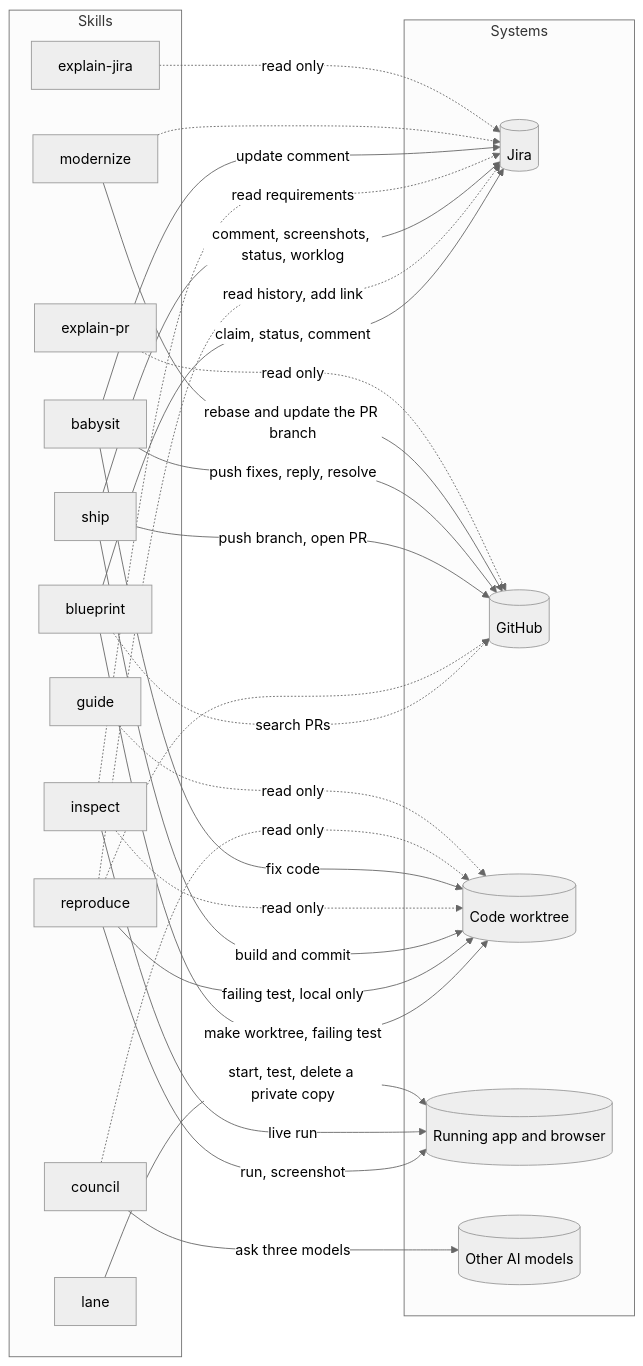
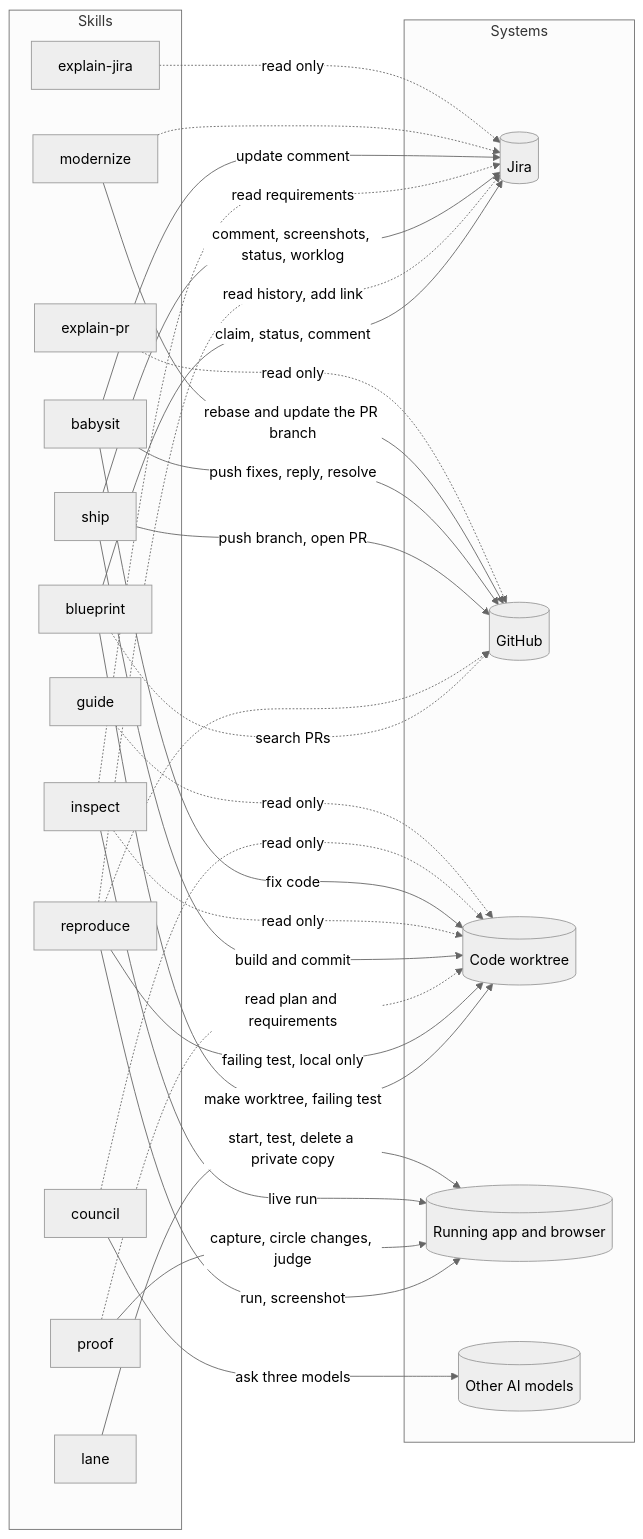
The second of 2 diagrams in README.md (talibilat/tstack), drawn with Mermaid (neutral theme) before and after one commit. The commit also changed other lines of this file and 14 other files, not shown here.

````diff
--- a/README.md
+++ b/README.md
@@ -56,47 +60,50 @@
 ```mermaid
 flowchart LR
   subgraph Skills
     blueprint
     br[reproduce]
+    proof
     ship
     inspect
     lane
     bp[babysit]
     mod[modernize]
     cou[council]
     explain-jira
     explain-pr
     guide
   end
   subgraph Systems
     J[(Jira)]
     G[(GitHub)]
     C[(Code worktree)]
     A[(Running app and browser)]
     M[(Other AI models)]
   end
   blueprint -->|claim, status, comment| J
   blueprint -.->|search PRs| G
   blueprint -->|make worktree, failing test| C
   br -.->|read history, add link| J
   br -.-> G
   br -->|failing test, local only| C
   br -->|run, screenshot| A
+  proof -->|capture, circle changes, judge| A
+  proof -.->|read plan and requirements| C
   ship -->|comment, screenshots, status, worklog| J
   ship -->|push branch, open PR| G
   ship -->|build and commit| C
   inspect -.->|read requirements| J
   inspect -.->|read only| C
   inspect -->|live run| A
   lane -->|start, test, delete a private copy| A
   bp -->|push fixes, reply, resolve| G
   bp -->|fix code| C
   bp -->|update comment| J
   mod -->|rebase and update the PR branch| G
   mod -.-> J
   cou -.->|read only| C
   cou -->|ask three models| M
   explain-jira -.->|read only| J
   explain-pr -.->|read only| G
   guide -.->|read only| C
 ```
````
